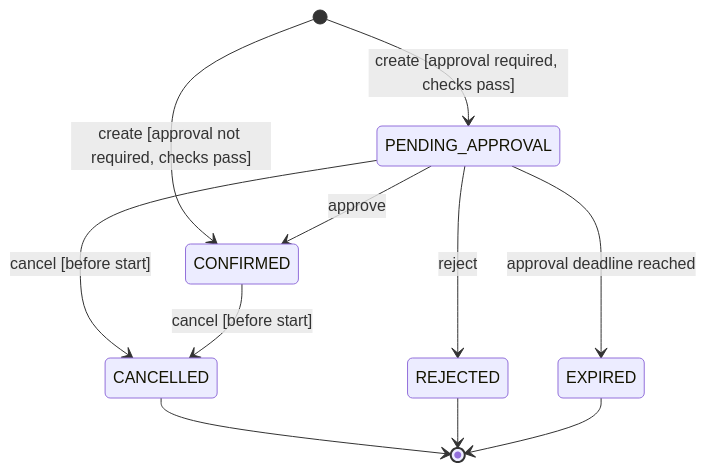
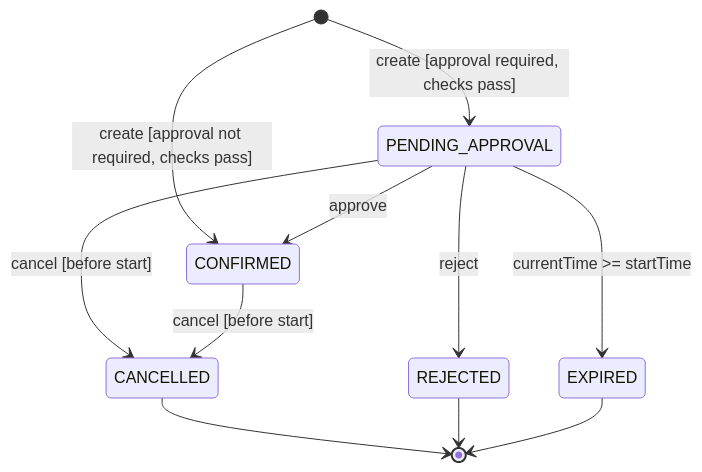
Before and after one commit to Ten-James/swi-proj: the diagram in docs/diagrams/mermaid/08-state-v02.mmd, drawn with Mermaid. The commit also changed 41 other files, not shown here.

```diff
--- a/docs/diagrams/mermaid/08-state-v02.mmd
+++ b/docs/diagrams/mermaid/08-state-v02.mmd
@@ -1,14 +1,14 @@
 stateDiagram-v2
     [*] --> CONFIRMED : create [approval not required, checks pass]
     [*] --> PENDING_APPROVAL : create [approval required, checks pass]
 
     PENDING_APPROVAL --> CONFIRMED : approve
     PENDING_APPROVAL --> REJECTED : reject
-    PENDING_APPROVAL --> EXPIRED : approval deadline reached
+    PENDING_APPROVAL --> EXPIRED : currentTime >= startTime
     PENDING_APPROVAL --> CANCELLED : cancel [before start]
 
     CONFIRMED --> CANCELLED : cancel [before start]
 
     CANCELLED --> [*]
     REJECTED --> [*]
     EXPIRED --> [*]
```
